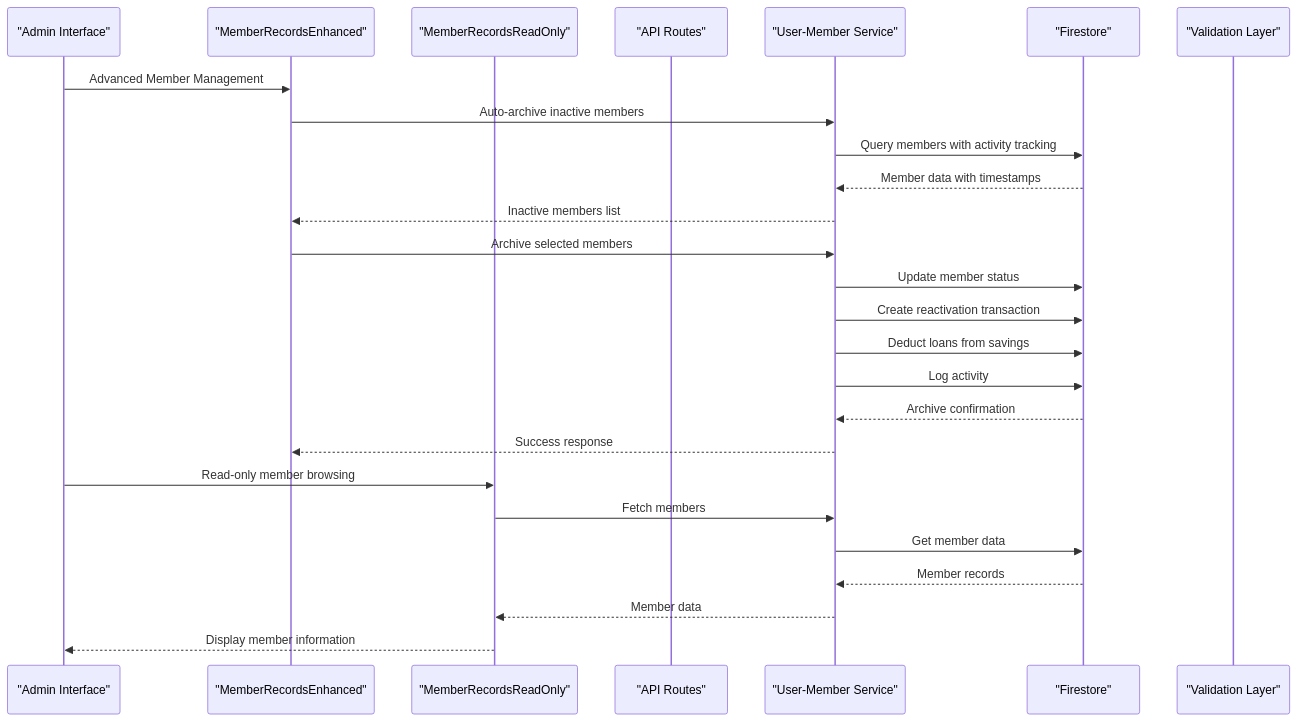
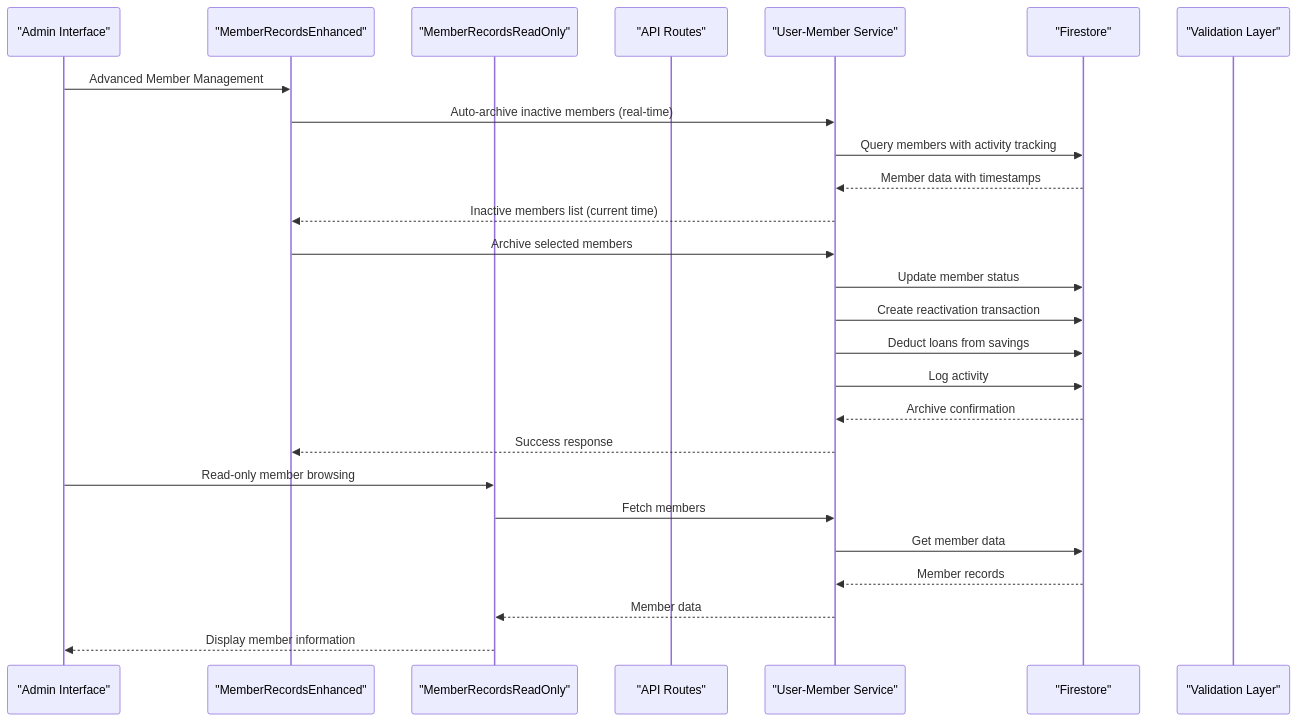
Before and after one commit to Unsure-bry/sampacoop_system: the fourth of 15 diagrams in .qoder/repowiki/en/content/Member Management System/Member Records System.md, drawn with Mermaid. The commit also changed other lines of this file and 6 other files, not shown here.

````diff
--- a/.qoder/repowiki/en/content/Member Management System/Member Records System.md
+++ b/.qoder/repowiki/en/content/Member Management System/Member Records System.md
@@ -274,28 +274,28 @@
 ```mermaid
 sequenceDiagram
 participant Client as "Admin Interface"
 participant Enhanced as "MemberRecordsEnhanced"
 participant ReadOnly as "MemberRecordsReadOnly"
 participant API as "API Routes"
 participant Service as "User-Member Service"
 participant Firestore as "Firestore"
 participant Validation as "Validation Layer"
 Client->>Enhanced : Advanced Member Management
-Enhanced->>Service : Auto-archive inactive members
+Enhanced->>Service : Auto-archive inactive members (real-time)
 Service->>Firestore : Query members with activity tracking
 Firestore-->>Service : Member data with timestamps
-Service-->>Enhanced : Inactive members list
+Service-->>Enhanced : Inactive members list (current time)
 Enhanced->>Service : Archive selected members
 Service->>Firestore : Update member status
 Service->>Firestore : Create reactivation transaction
 Service->>Firestore : Deduct loans from savings
 Service->>Firestore : Log activity
 Firestore-->>Service : Archive confirmation
 Service-->>Enhanced : Success response
 Client->>ReadOnly : Read-only member browsing
 ReadOnly->>Service : Fetch members
 Service->>Firestore : Get member data
 Firestore-->>Service : Member records
 Service-->>ReadOnly : Member data
 ReadOnly-->>Client : Display member information
 ```
````
